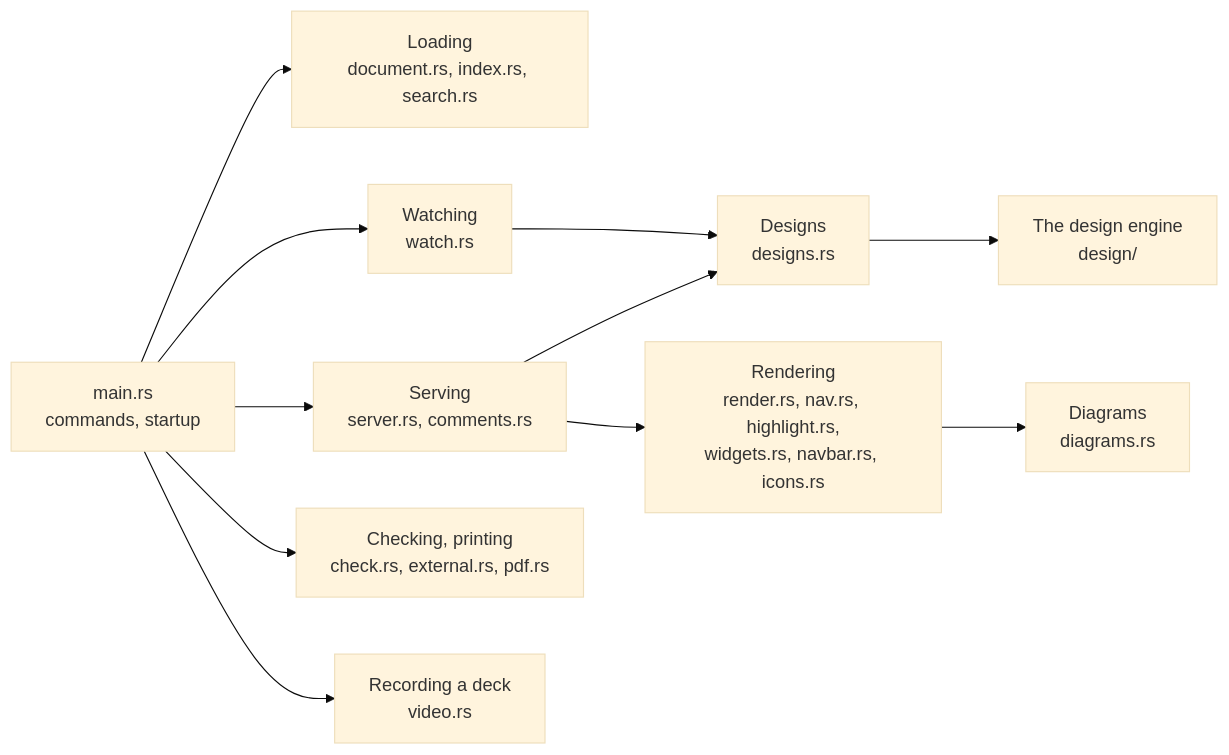
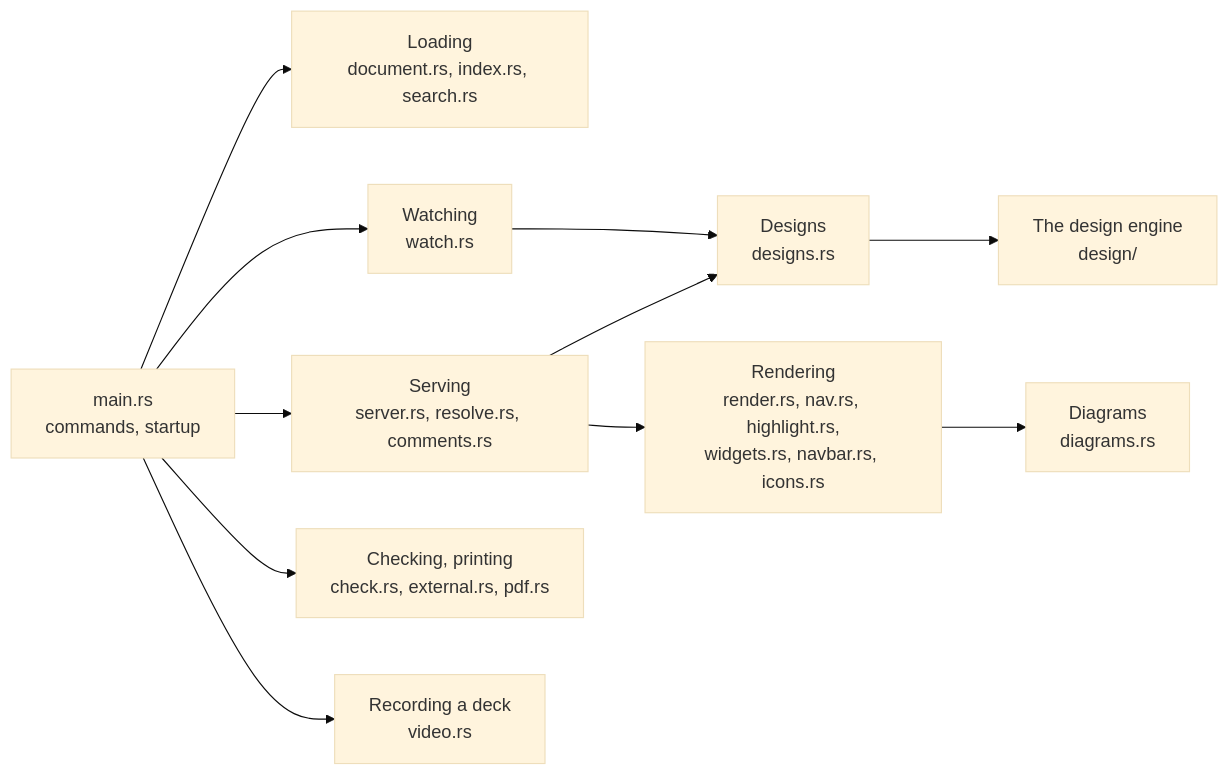
The diagram in docs/boxes/engineering/code-map/README.md (andrei512/devpage), drawn with Mermaid (base theme) before and after one commit. The commit also changed other lines of this file and 12 other files, not shown here.

````diff
--- a/docs/boxes/engineering/code-map/README.md
+++ b/docs/boxes/engineering/code-map/README.md
@@ -16,23 +16,23 @@
 ```mermaid
 flowchart LR
   main["main.rs<br/>commands, startup"] --> load["Loading<br/>document.rs, index.rs, search.rs"]
   main --> watch["Watching<br/>watch.rs"]
-  main --> serve["Serving<br/>server.rs, comments.rs"]
+  main --> serve["Serving<br/>server.rs, resolve.rs, comments.rs"]
   serve --> render["Rendering<br/>render.rs, nav.rs, highlight.rs,<br/>widgets.rs, navbar.rs, icons.rs"]
   render --> diagrams["Diagrams<br/>diagrams.rs"]
   main --> other["Checking, printing<br/>check.rs, external.rs, pdf.rs"]
   main --> video["Recording a deck<br/>video.rs"]
   watch --> designs["Designs<br/>designs.rs"]
   serve --> designs
   designs --> engine["The design engine<br/>design/"]
   click main href "#how-main-wires-it-together" "How main wires it together"
   click load href "../../viewer/document-index/README.md" "Which document a file belongs to"
   click watch href "../../viewer/live-updates/README.md#the-watcher" "The watcher"
   click serve href "../../viewer/serving-pages/README.md" "Serving pages"
   click render href "../../viewer/rendering-a-page/README.md" "Rendering a page"
   click diagrams href "../../viewer/diagrams/README.md#the-diagram-engine" "The diagram engine"
   click other href "../../viewer/checking-links/README.md" "Checking links"
   click video href "../../viewer/making-a-video/README.md" "Making a video"
   click designs href "../../viewer/design-engine/README.md#in-the-server" "The design engine in the server"
   click engine href "../../viewer/design-engine/README.md" "The design engine"
 ```
````
